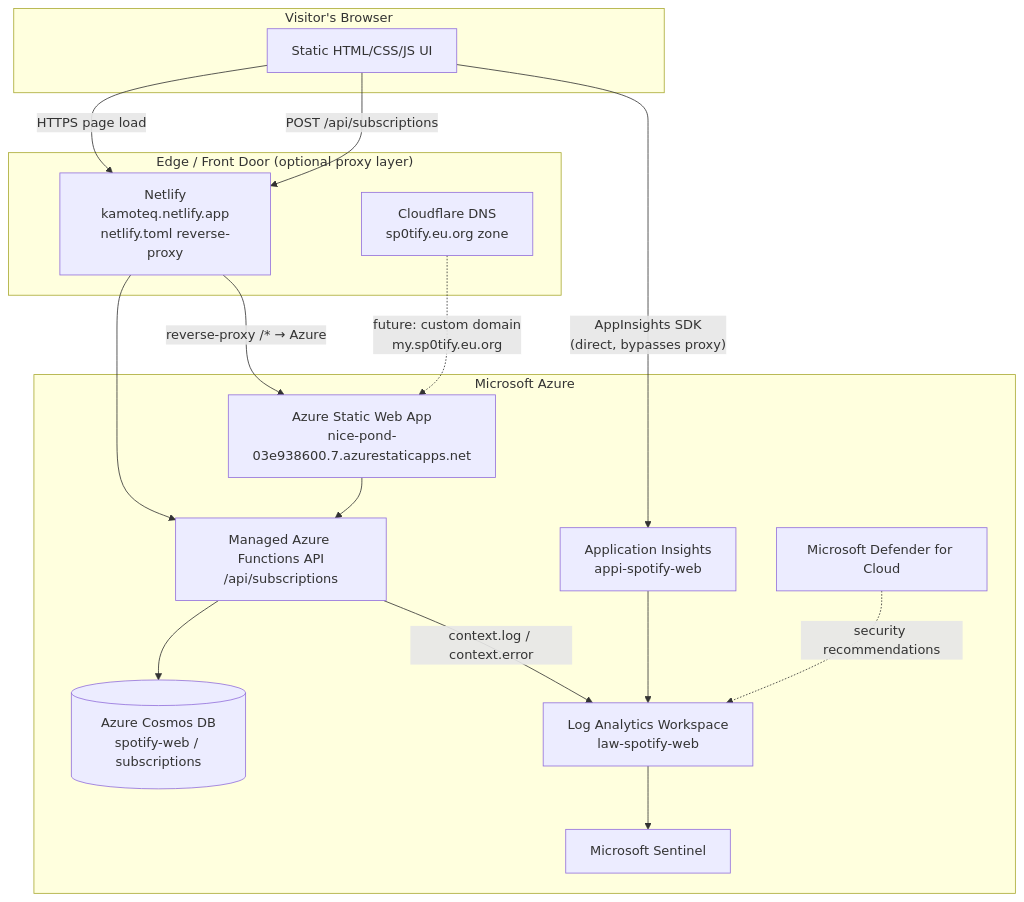
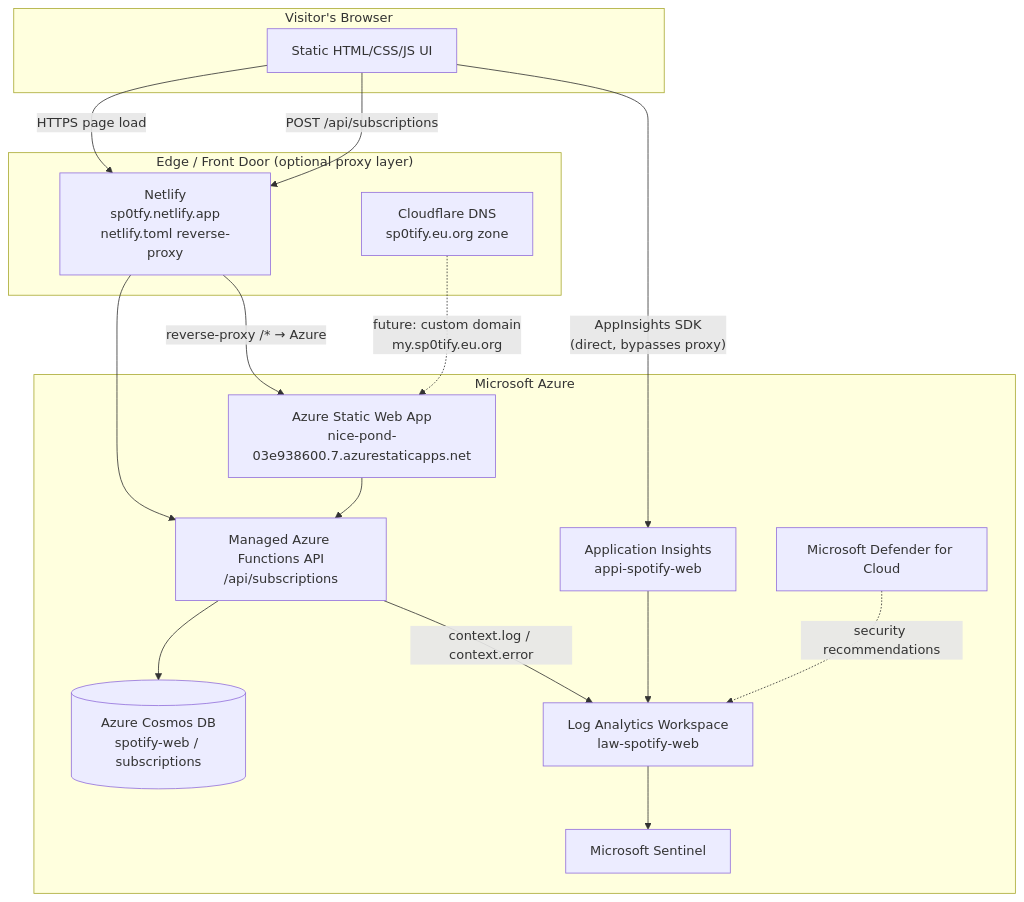
One commit to 13ntlent-afk/Mysp0tify changed the first of 6 diagrams in PRESENTATION.md. Above: the diagram before and after it, drawn with Mermaid. The commit also changed other lines of this file and 8 other files, not shown here.

````diff
--- a/PRESENTATION.md
+++ b/PRESENTATION.md
@@ -40,34 +40,34 @@
 ```mermaid
 flowchart TB
     subgraph Client["Visitor's Browser"]
         UI[Static HTML/CSS/JS UI]
     end
 
     subgraph Edge["Edge / Front Door (optional proxy layer)"]
-        Netlify[Netlify\nkamoteq.netlify.app\nnetlify.toml reverse-proxy]
+        Netlify[Netlify\nsp0tfy.netlify.app\nnetlify.toml reverse-proxy]
         CF[Cloudflare DNS\nsp0tify.eu.org zone]
     end
 
     subgraph Azure["Microsoft Azure"]
         SWA[Azure Static Web App\nnice-pond-03e938600.7.azurestaticapps.net]
         Func[Managed Azure Functions API\n/api/subscriptions]
         Cosmos[(Azure Cosmos DB\nspotify-web / subscriptions)]
         AI[Application Insights\nappi-spotify-web]
         LAW[Log Analytics Workspace\nlaw-spotify-web]
         Sentinel[Microsoft Sentinel]
         Defender[Microsoft Defender for Cloud]
     end
 
     UI -- "HTTPS page load" --> Netlify
     Netlify -- "reverse-proxy /* → Azure" --> SWA
     CF -. "future: custom domain\nmy.sp0tify.eu.org" .-> SWA
     UI -- "AppInsights SDK\n(direct, bypasses proxy)" --> AI
     UI -- "POST /api/subscriptions" --> Netlify
     Netlify --> Func
     SWA --> Func
     Func --> Cosmos
     Func -- "context.log / context.error" --> LAW
     AI --> LAW
     LAW --> Sentinel
     Defender -. "security recommendations" .-> LAW
 ```
````
